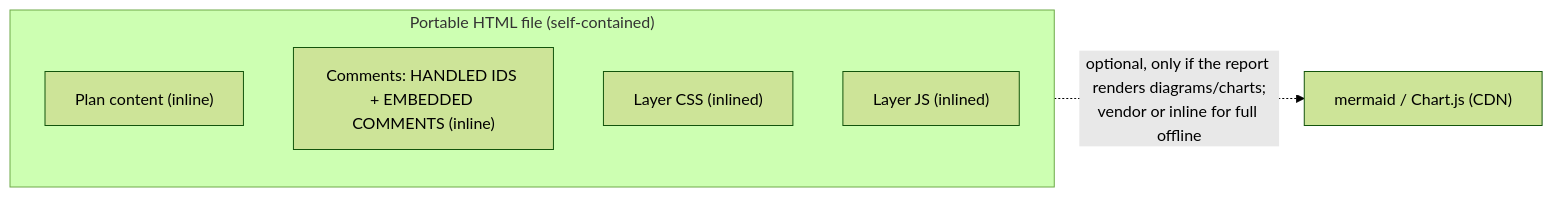
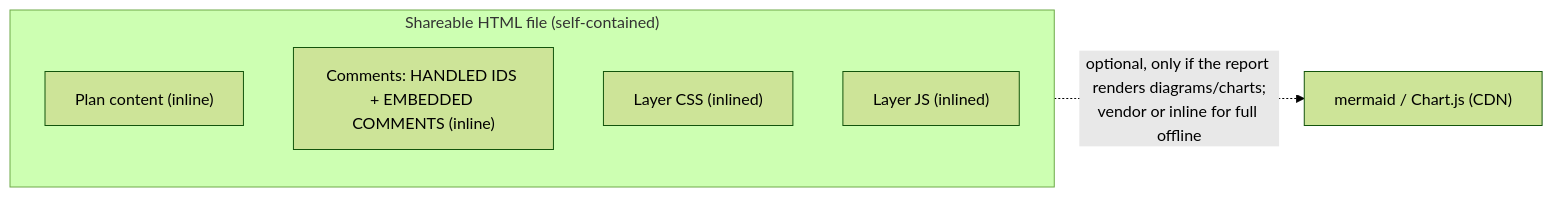
Before and after one commit to urikanonov/ai-marketplace: the first of 3 diagrams in plugins/commentable-html/dev/skill/references/exports.md, drawn with Mermaid (forest theme). The commit also changed other lines of this file and 244 other files, not shown here.

First line of the commit message:
commentable-html + site: rename Portable to Shareable, with back-compat shims

````diff
--- a/plugins/commentable-html/dev/skill/references/exports.md
+++ b/plugins/commentable-html/dev/skill/references/exports.md
@@ -80,11 +80,11 @@
 ```mermaid
 flowchart LR
-  subgraph File["Portable HTML file (self-contained)"]
+  subgraph File["Shareable HTML file (self-contained)"]
     content["Plan content (inline)"]
     comments["Comments: HANDLED IDS + EMBEDDED COMMENTS (inline)"]
     css["Layer CSS (inlined)"]
     js["Layer JS (inlined)"]
   end
   cdn["mermaid / Chart.js (CDN)"]
   File -. "optional, only if the report renders diagrams/charts;<br/>vendor or inline for full offline" .-> cdn
 ```
````
